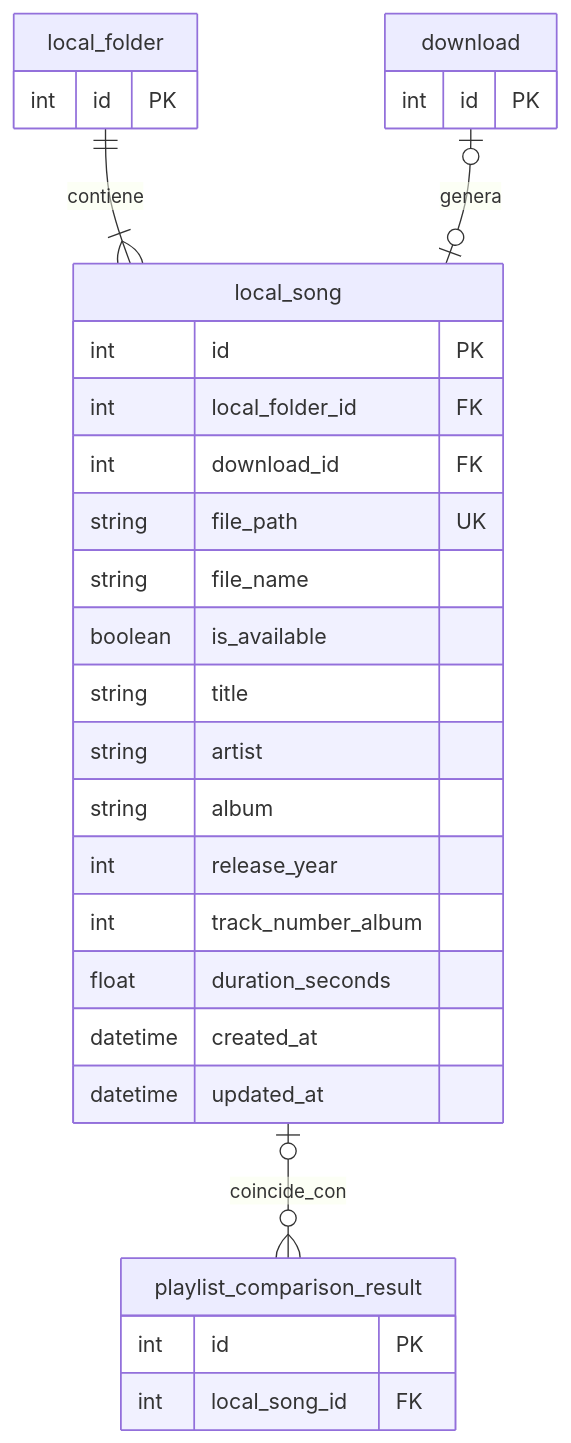
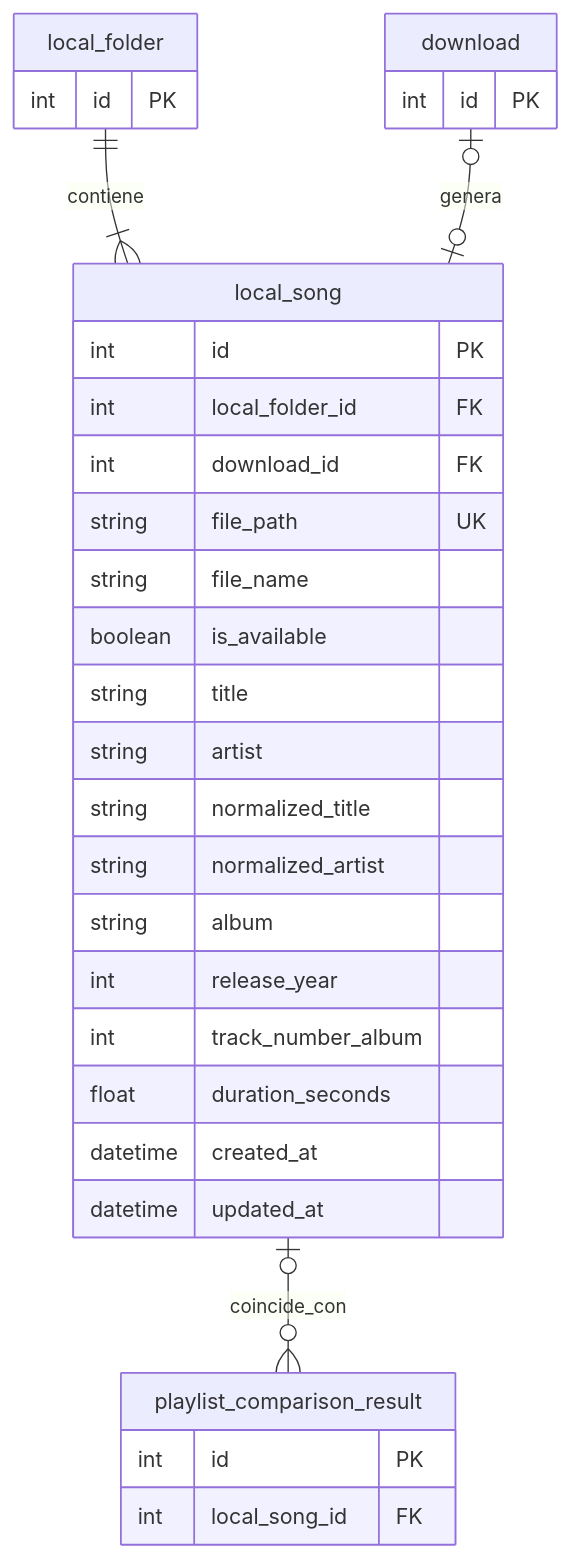
One commit to AngelRagel05/AppMusic changed the diagram in doc/bbdd/tables/localSong.md. Above: the diagram before and after it, drawn with Mermaid. The commit also changed other lines of this file and 15 other files, not shown here.

````diff
--- a/doc/bbdd/tables/localSong.md
+++ b/doc/bbdd/tables/localSong.md
@@ -40,36 +42,38 @@
 ```mermaid
 erDiagram
     local_song {
         int id PK
         int local_folder_id FK
         int download_id FK
         string file_path UK
         string file_name
         boolean is_available
         string title
         string artist
+        string normalized_title
+        string normalized_artist
         string album
         int release_year
         int track_number_album
         float duration_seconds
         datetime created_at
         datetime updated_at
     }
 
     local_folder {
         int id PK
     }
 
     download {
         int id PK
     }
 
     playlist_comparison_result {
         int id PK
         int local_song_id FK
     }
 
     local_folder ||--|{ local_song : contiene
     download o|--o| local_song : genera
     local_song o|--o{ playlist_comparison_result : coincide_con
 ```
````
